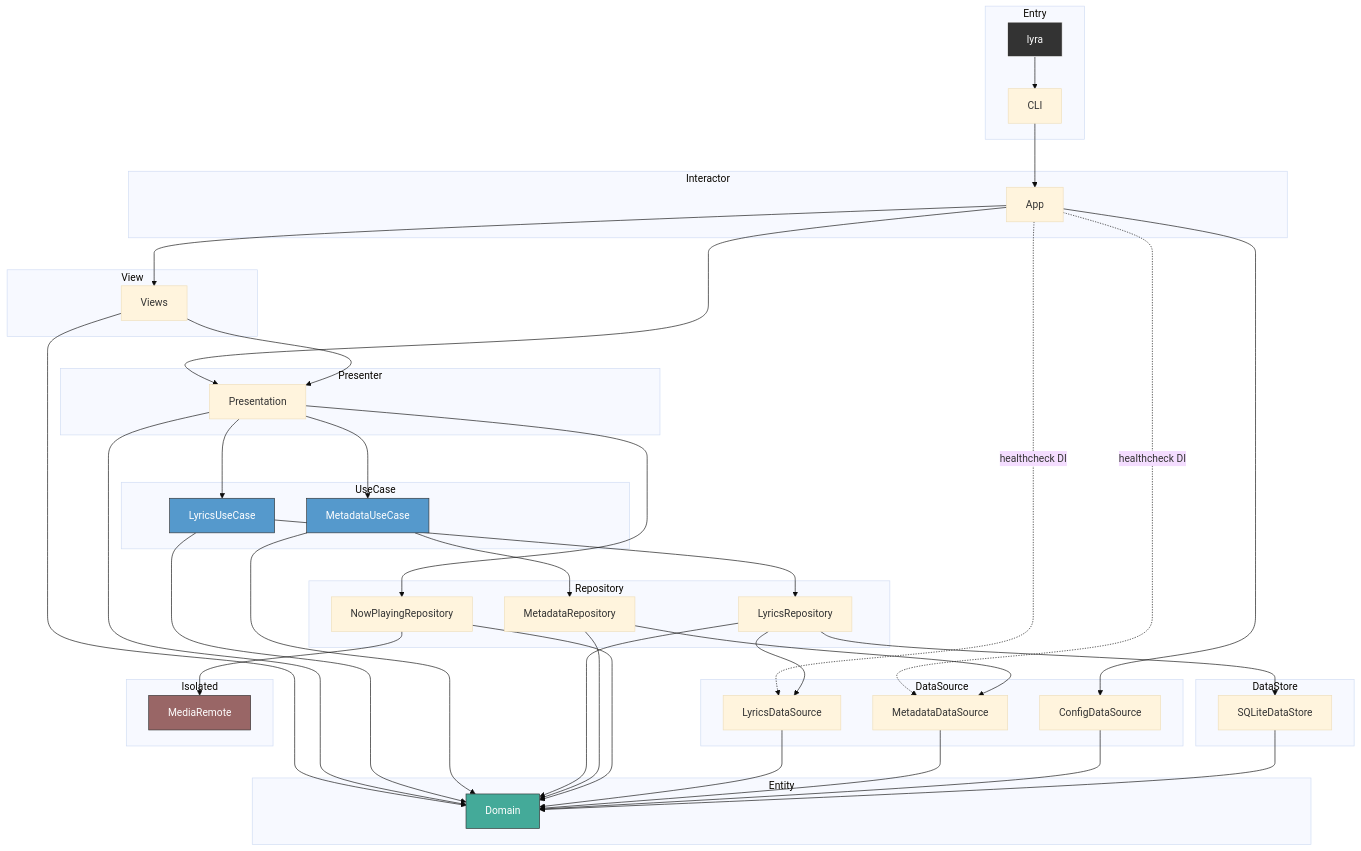
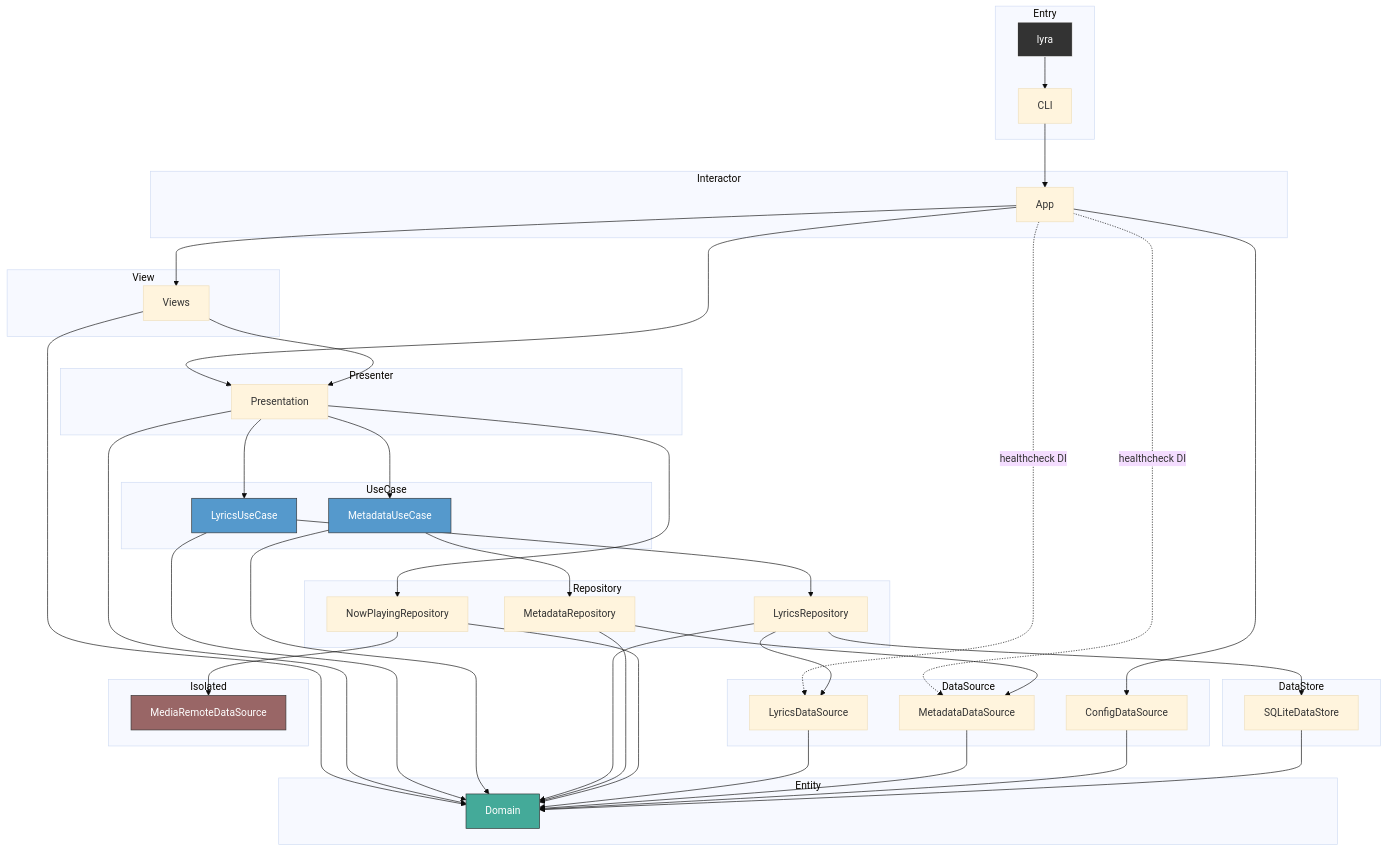
Before and after one commit to GeneralD/backdrop: the diagram in CLAUDE.md, drawn with Mermaid (base theme). The commit also changed other lines of this file, not shown here.

Commit message:
docs: update diagram with MediaRemoteDataSource rename

````diff
--- a/CLAUDE.md
+++ b/CLAUDE.md
@@ -22,70 +22,70 @@
 ```mermaid
 graph TD
     subgraph Entry
         lyra[lyra]
         CLI[CLI]
     end
 
     subgraph View
         Views[Views]
     end
 
     subgraph Interactor
         App[App]
     end
 
     subgraph Presenter
         Presentation[Presentation]
     end
 
     subgraph Entity
         Domain[Domain]
     end
 
     subgraph UseCase
         LyricsUseCase[LyricsUseCase]
         MetadataUseCase[MetadataUseCase]
     end
 
     subgraph Repository
         LyricsRepository[LyricsRepository]
         MetadataRepository[MetadataRepository]
         NowPlayingRepository[NowPlayingRepository]
     end
 
     subgraph DataSource
         LyricsDataSource[LyricsDataSource]
         MetadataDataSource[MetadataDataSource]
         ConfigDataSource[ConfigDataSource]
     end
 
     subgraph DataStore
         SQLiteDataStore[SQLiteDataStore]
     end
 
     subgraph Isolated
-        MediaRemote[MediaRemote]
+        MediaRemoteDataSource[MediaRemoteDataSource]
     end
 
     lyra --> CLI
     CLI --> App
     App --> Views & Presentation & ConfigDataSource
     App -.->|healthcheck DI| LyricsDataSource & MetadataDataSource
     Views --> Presentation & Domain
     Presentation --> LyricsUseCase & MetadataUseCase & NowPlayingRepository & Domain
     LyricsUseCase --> LyricsRepository & Domain
     MetadataUseCase --> MetadataRepository & Domain
     LyricsRepository --> LyricsDataSource & SQLiteDataStore & Domain
     MetadataRepository --> MetadataDataSource & Domain
-    NowPlayingRepository --> MediaRemote & Domain
+    NowPlayingRepository --> MediaRemoteDataSource & Domain
     LyricsDataSource --> Domain
     MetadataDataSource --> Domain
     ConfigDataSource --> Domain
     SQLiteDataStore --> Domain
 
     style Domain fill:#4a9,stroke:#333,color:#fff
     style LyricsUseCase fill:#59c,stroke:#333,color:#fff
     style MetadataUseCase fill:#59c,stroke:#333,color:#fff
-    style MediaRemote fill:#966,stroke:#333,color:#fff
+    style MediaRemoteDataSource fill:#966,stroke:#333,color:#fff
     style lyra fill:#333,stroke:#fff,color:#fff
 ```
````
